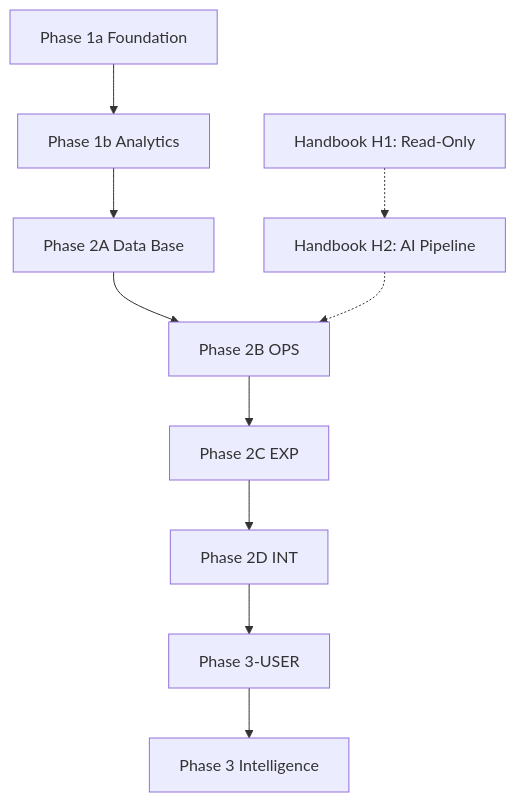
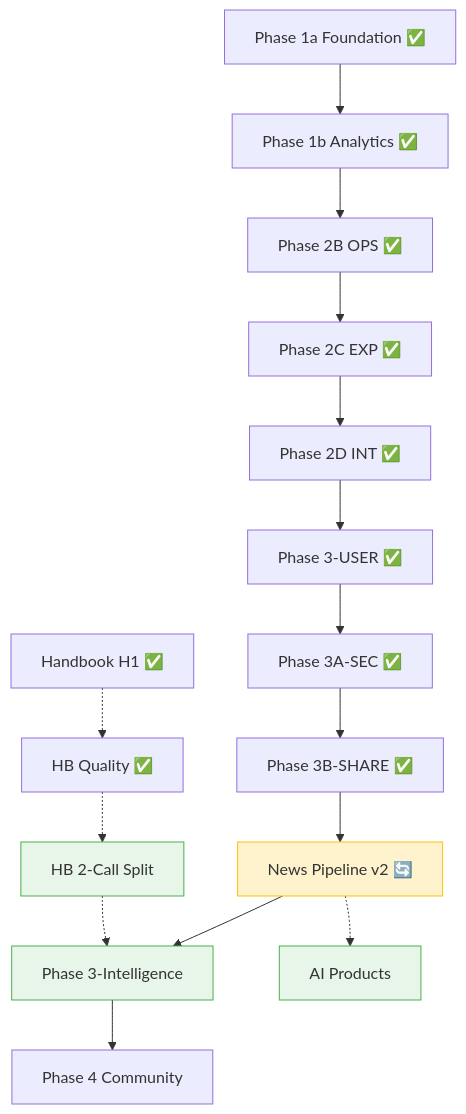
The diagram in vault/09-Implementation/Implementation-Plan.md (x0to1log/0to1log), drawn with Mermaid before and after one commit. The commit also changed other lines of this file and 31 other files, not shown here.

````diff
--- a/vault/09-Implementation/Implementation-Plan.md
+++ b/vault/09-Implementation/Implementation-Plan.md
@@ -43,13 +40,24 @@
 ```mermaid
 flowchart TD
-  P1A[Phase 1a Foundation] --> P1B[Phase 1b Analytics]
-  P1B --> P2A[Phase 2A Data Base]
-  P2A --> P2B[Phase 2B OPS]
-  P2B --> P2C[Phase 2C EXP]
-  P2C --> P2D[Phase 2D INT]
-  P2D --> P3U[Phase 3-USER]
-  P3U --> P3[Phase 3 Intelligence]
+  P1A[Phase 1a Foundation ✅] --> P1B[Phase 1b Analytics ✅]
+  P1B --> P2B[Phase 2B OPS ✅]
+  P2B --> P2C[Phase 2C EXP ✅]
+  P2C --> P2D[Phase 2D INT ✅]
+  P2D --> P3U[Phase 3-USER ✅]
+  P3U --> P3SEC[Phase 3A-SEC ✅]
+  P3SEC --> P3SHARE[Phase 3B-SHARE ✅]
+  P3SHARE --> NP2[News Pipeline v2 🔄]
+  NP2 --> P3I[Phase 3-Intelligence]
 
-  H1[Handbook H1: Read-Only] -.-> H2[Handbook H2: AI Pipeline]
-  H2 -.-> P2B
+  H1[Handbook H1 ✅] -.-> HQ[HB Quality ✅]
+  HQ -.-> HB2[HB 2-Call Split]
+  HB2 -.-> P3I
+
+  NP2 -.-> AIP[AI Products]
+  P3I --> P4[Phase 4 Community]
+
+  style NP2 fill:#fff3cd,stroke:#ffc107
+  style P3I fill:#e8f5e9,stroke:#4caf50
+  style HB2 fill:#e8f5e9,stroke:#4caf50
+  style AIP fill:#e8f5e9,stroke:#4caf50
 ```
````
